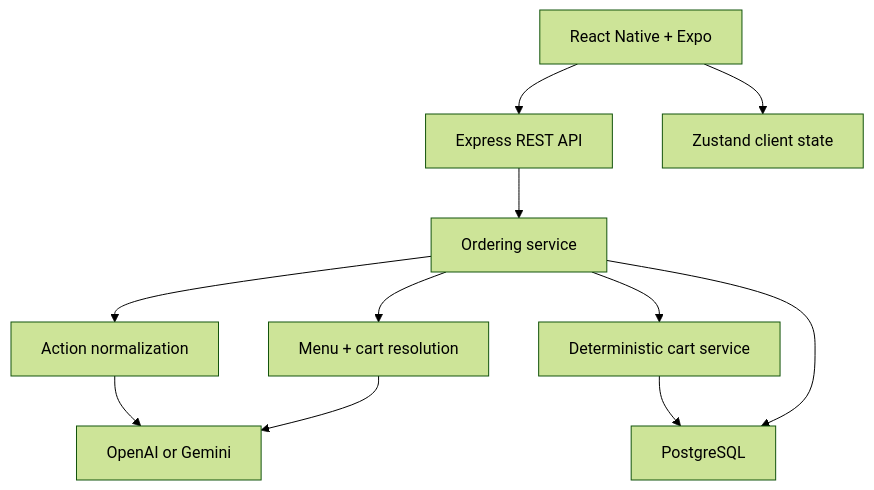
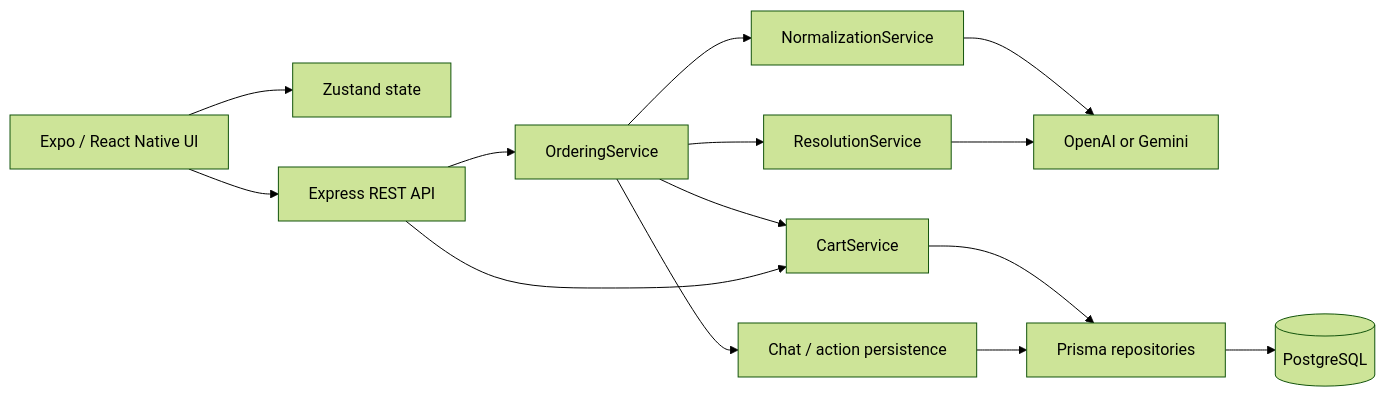
One commit to zhichzhang/ai-bistro-ordering changed the first of 2 diagrams in README.md. Above: the diagram before and after it, drawn with Mermaid (forest theme). The commit also changed other lines of this file and 1 other file, not shown here.

````diff
--- a/README.md
+++ b/README.md
@@ -103,13 +102,16 @@
 ```mermaid
-flowchart TD
-    UI["React Native + Expo"] --> API["Express REST API"]
-    UI --> STORE["Zustand client state"]
-    API --> ORDER["Ordering service"]
-    ORDER --> NORMALIZE["Action normalization"]
-    ORDER --> RESOLVE["Menu + cart resolution"]
-    NORMALIZE --> LLM["OpenAI or Gemini"]
-    RESOLVE --> LLM
-    ORDER --> EXECUTE["Deterministic cart service"]
-    EXECUTE --> DB["PostgreSQL"]
-    ORDER --> DB
+flowchart LR
+    APP["Expo / React Native UI"] --> STATE["Zustand state"]
+    APP --> API["Express REST API"]
+    API --> ORDER["OrderingService"]
+    ORDER --> NORM["NormalizationService"]
+    ORDER --> RESOLVE["ResolutionService"]
+    NORM --> MODEL["OpenAI or Gemini"]
+    RESOLVE --> MODEL
+    ORDER --> CART["CartService"]
+    API --> CART
+    ORDER --> CHAT["Chat / action persistence"]
+    CART --> REPO["Prisma repositories"]
+    CHAT --> REPO
+    REPO --> DB[("PostgreSQL")]
 ```
````
